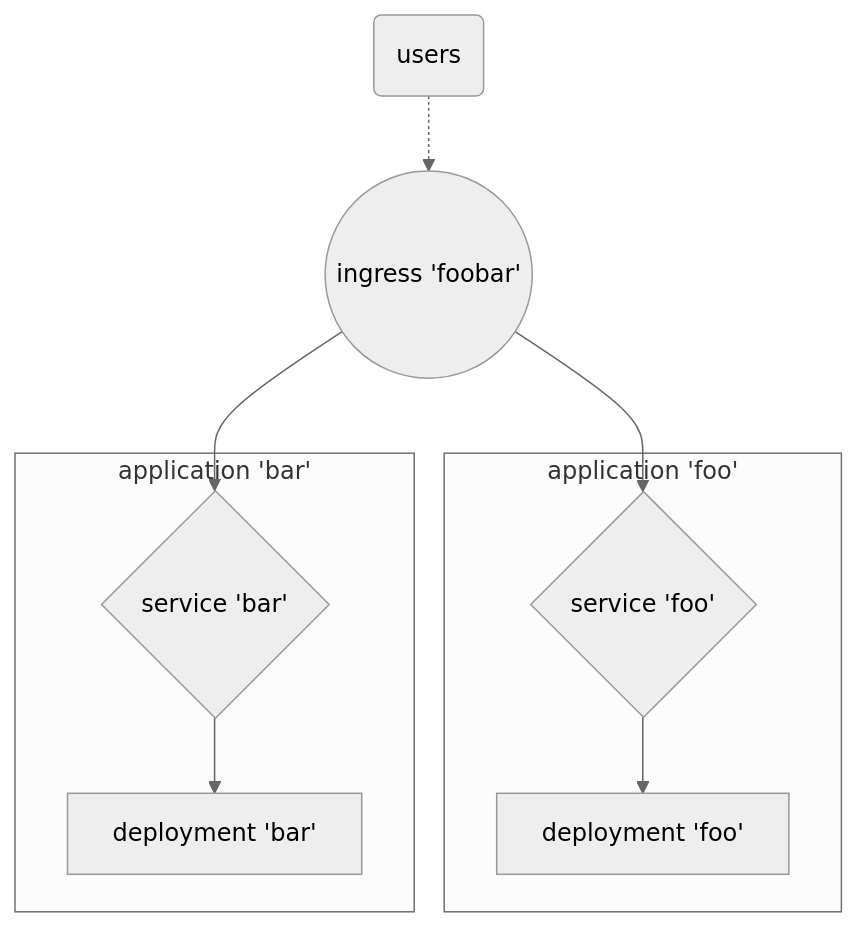
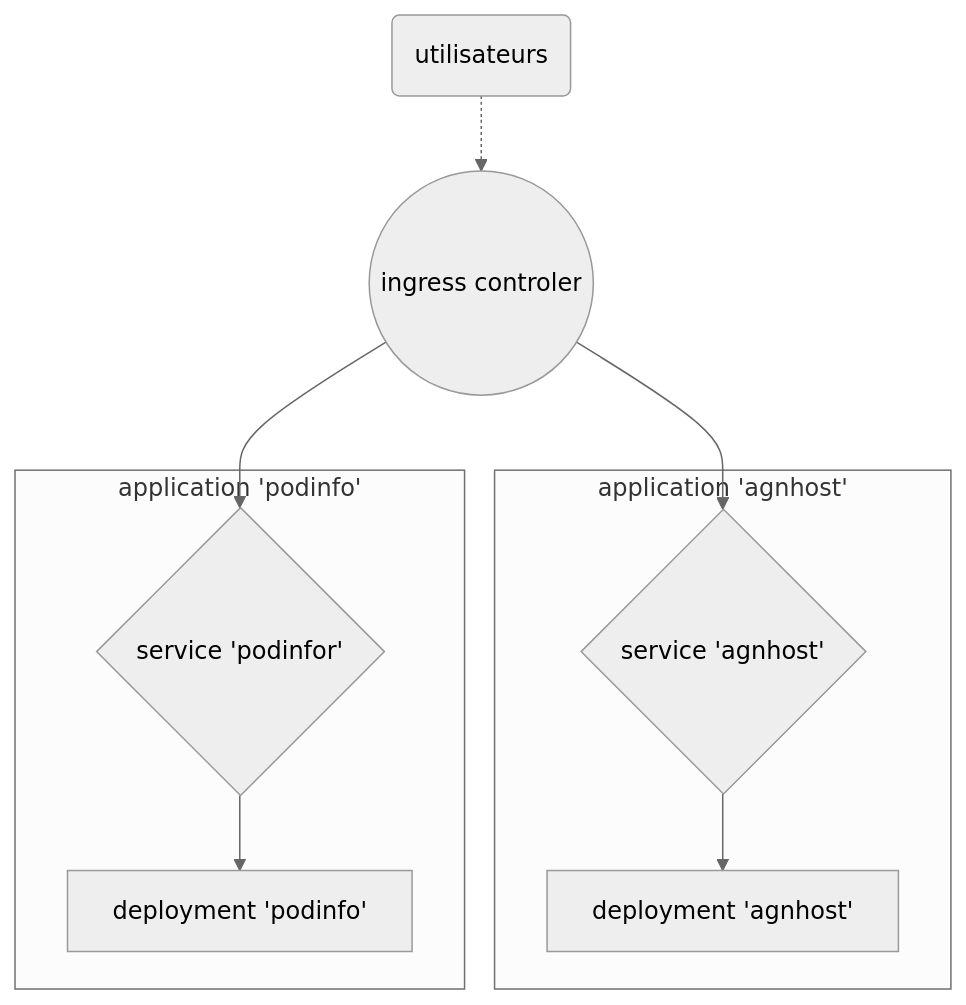
One commit to papafrancky/papafrancky.github.io changed the first of 2 diagrams in docs/FluxCD/FluxCD_demonstration_par_l_exemple.md. Above: the diagram before and after it, drawn with Mermaid (neutral theme). The commit also changed other lines of this file, not shown here.

Commit message:
Integrating some new changes.

````diff
--- a/docs/FluxCD/FluxCD_demonstration_par_l_exemple.md
+++ b/docs/FluxCD/FluxCD_demonstration_par_l_exemple.md
@@ -8,22 +10,22 @@
 ``` mermaid
 
 graph TD
 
-A(users)
-B(("ingress 'foobar'"))
-C{service 'foo'}
-D{service 'bar'}
-E[deployment 'foo']
-F[deployment 'bar']
+A(utilisateurs)
+B((ingress controler))
+C{service 'agnhost'}
+D{service 'podinfor'}
+E[deployment 'agnhost']
+F[deployment 'podinfo']
 
 A -.-> B
 B --> C & D
 
-subgraph application 'foo'
+subgraph application 'agnhost'
 C --> E
 end
 
-subgraph application 'bar'
+subgraph application 'podinfo'
 D --> F
 end
 ```
````
